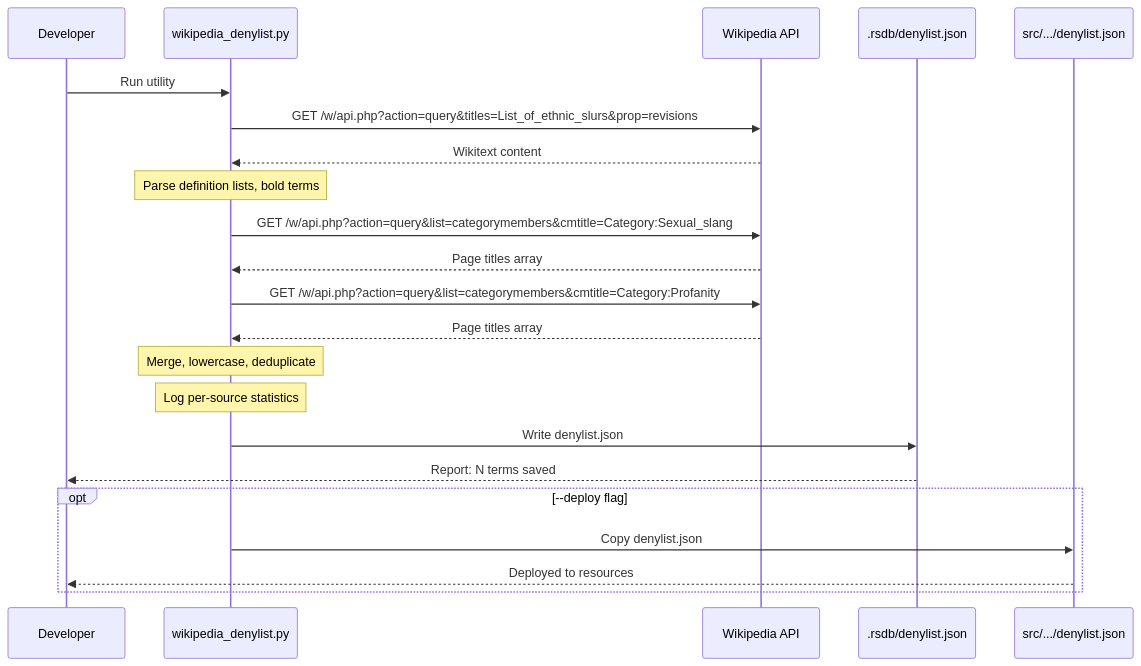
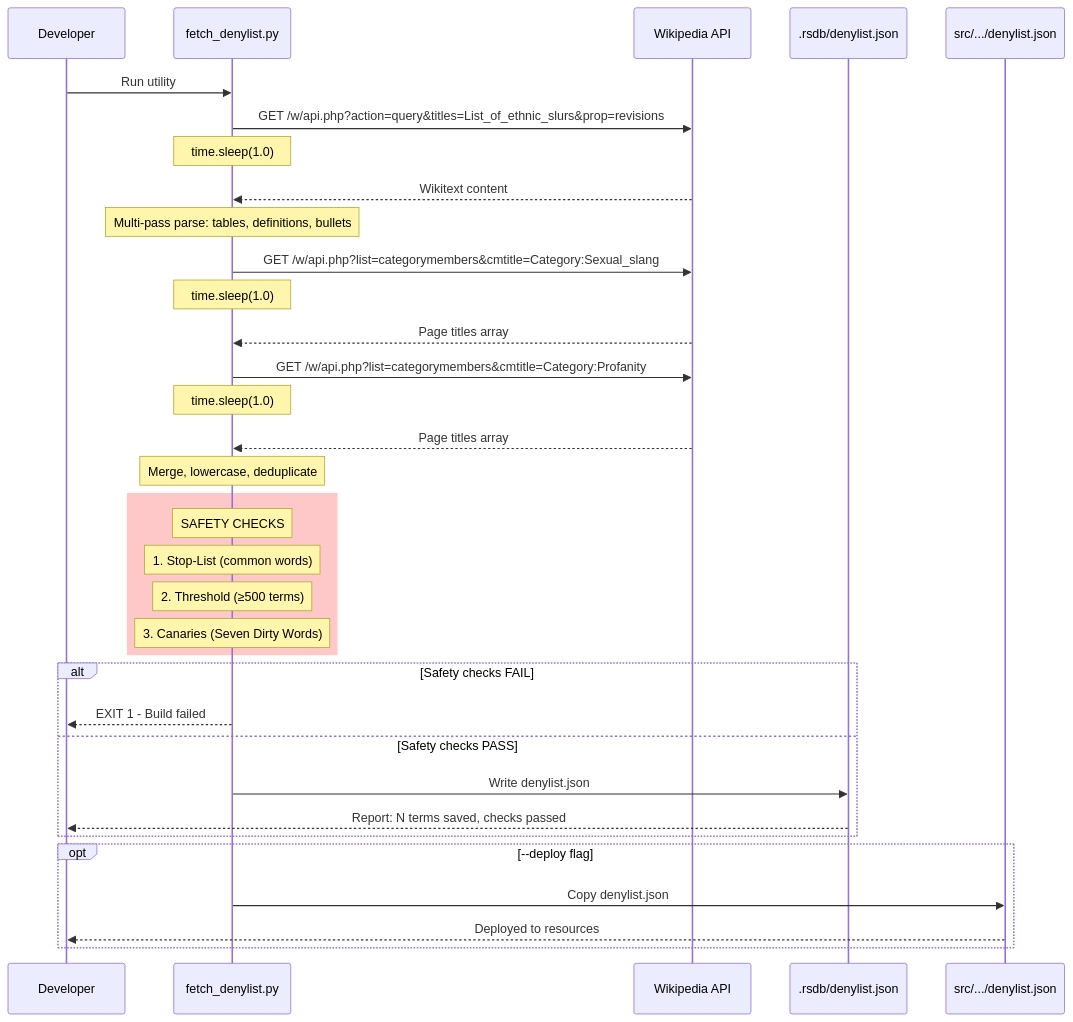
One commit to martymcenroe/Aletheia changed the diagram in docs/1121-wikipedia-denylist.md. Above: the diagram before and after it, drawn with Mermaid. The commit also changed other lines of this file, not shown here.

First line of the commit message:
docs: revise LLD 1121 per architect review (ref #121)

````diff
--- a/docs/1121-wikipedia-denylist.md
+++ b/docs/1121-wikipedia-denylist.md
@@ -85,31 +100,44 @@
 ```mermaid
 sequenceDiagram
     participant Dev as Developer
-    participant Script as wikipedia_denylist.py
+    participant Script as fetch_denylist.py
     participant API as Wikipedia API
     participant Stage as .rsdb/denylist.json
     participant Deploy as src/.../denylist.json
 
     Dev->>Script: Run utility
 
     Script->>API: GET /w/api.php?action=query&titles=List_of_ethnic_slurs&prop=revisions
+    Note over Script: time.sleep(1.0)
     API-->>Script: Wikitext content
-    Note over Script: Parse definition lists, bold terms
+    Note over Script: Multi-pass parse: tables, definitions, bullets
 
-    Script->>API: GET /w/api.php?action=query&list=categorymembers&cmtitle=Category:Sexual_slang
+    Script->>API: GET /w/api.php?list=categorymembers&cmtitle=Category:Sexual_slang
+    Note over Script: time.sleep(1.0)
     API-->>Script: Page titles array
 
-    Script->>API: GET /w/api.php?action=query&list=categorymembers&cmtitle=Category:Profanity
+    Script->>API: GET /w/api.php?list=categorymembers&cmtitle=Category:Profanity
+    Note over Script: time.sleep(1.0)
     API-->>Script: Page titles array
 
     Note over Script: Merge, lowercase, deduplicate
-    Note over Script: Log per-source statistics
 
-    Script->>Stage: Write denylist.json
-    Stage-->>Dev: Report: N terms saved
+    rect rgb(255, 200, 200)
+        Note over Script: SAFETY CHECKS
+        Note over Script: 1. Stop-List (common words)
+        Note over Script: 2. Threshold (≥500 terms)
+        Note over Script: 3. Canaries (Seven Dirty Words)
+    end
+
+    alt Safety checks FAIL
+        Script-->>Dev: EXIT 1 - Build failed
+    else Safety checks PASS
+        Script->>Stage: Write denylist.json
+        Stage-->>Dev: Report: N terms saved, checks passed
+    end
 
     opt --deploy flag
         Script->>Deploy: Copy denylist.json
         Deploy-->>Dev: Deployed to resources
     end
 ```
````
